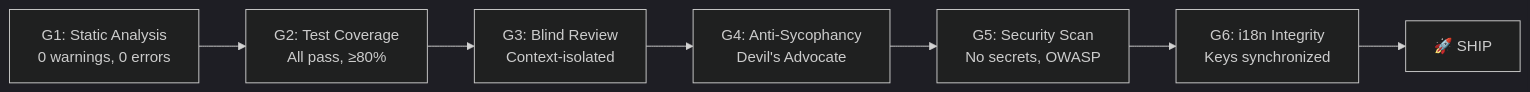
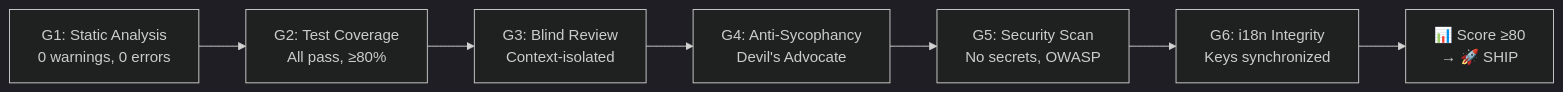
One commit to tody-agent/codymaster changed the third of 9 diagrams in docs/how-it-work.md. Above: the diagram before and after it, drawn with Mermaid (dark theme). The commit also changed other lines of this file and 82 other files, not shown here.

````diff
--- a/docs/how-it-work.md
+++ b/docs/how-it-work.md
@@ -93,12 +93,12 @@
 ```mermaid
 graph LR
     G1["G1: Static Analysis<br/>0 warnings, 0 errors"]
     G2["G2: Test Coverage<br/>All pass, ≥80%"]
     G3["G3: Blind Review<br/>Context-isolated"]
     G4["G4: Anti-Sycophancy<br/>Devil's Advocate"]
     G5["G5: Security Scan<br/>No secrets, OWASP"]
     G6["G6: i18n Integrity<br/>Keys synchronized"]
-    SHIP["🚀 SHIP"]
+    SCORE["📊 Score ≥80<br/>→ 🚀 SHIP"]
 
-    G1 --> G2 --> G3 --> G4 --> G5 --> G6 --> SHIP
+    G1 --> G2 --> G3 --> G4 --> G5 --> G6 --> SCORE
 ```
````
